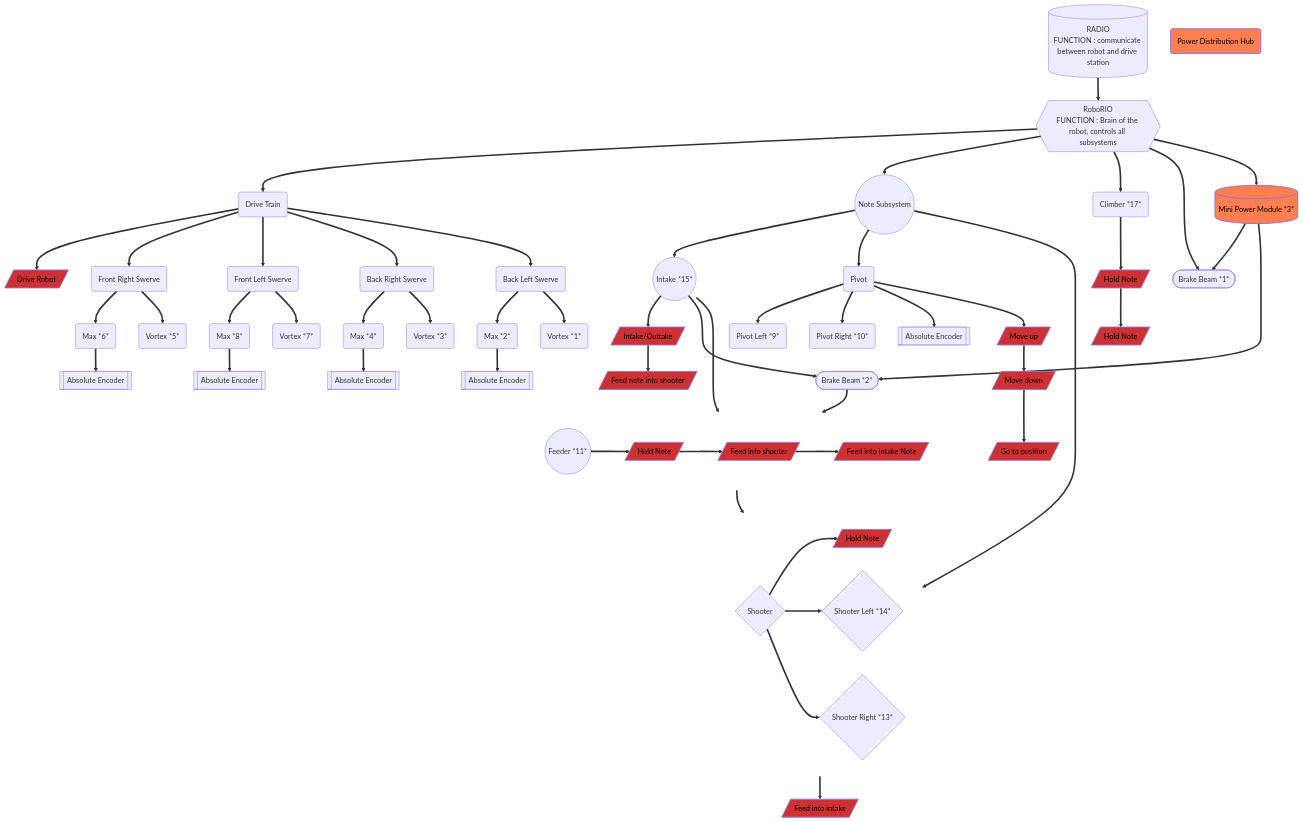
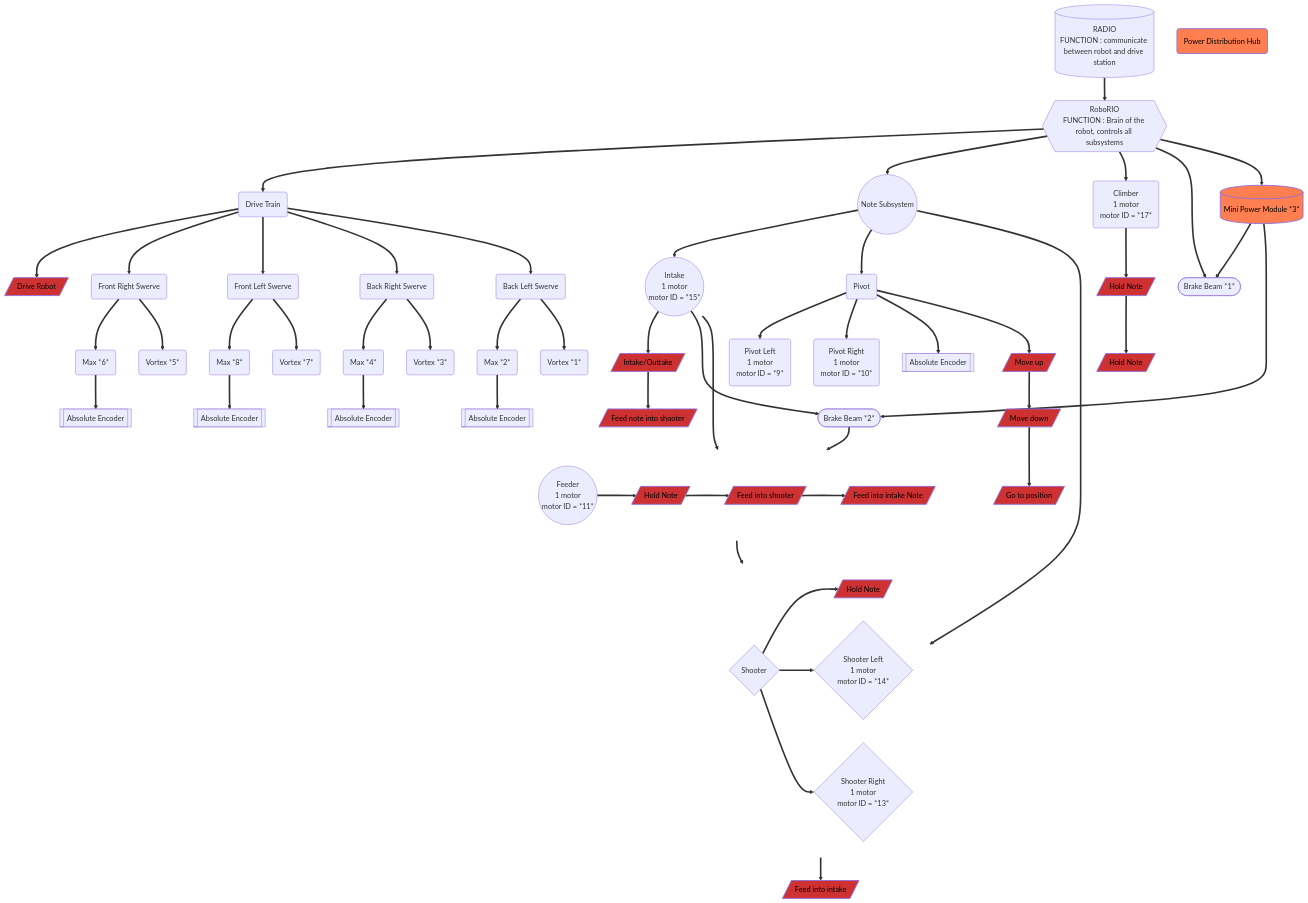
Before and after one commit to richardson-area-wide-robotics/Frc24-Crescendo-1745-OffSeason-AdvantageKit: the diagram in tony_graphs.md, drawn with Mermaid.

Commit message:
Motor Updates

```diff
--- a/tony_graphs.md
+++ b/tony_graphs.md
@@ -5,8 +5,12 @@
         direction LR
         ShooterSystem{Shooter};
         ShooterSystem==>FUNCSHOOTER;
-        ShooterSystem==>ShooterLeft{Shooter Left *14*};
-        ShooterSystem==>ShooterRight{Shooter Right *13*};
+        ShooterSystem==>ShooterLeft{Shooter Left
+1 motor
+motor ID = *14*};
+        ShooterSystem==>ShooterRight{Shooter Right
+1 motor
+motor ID = *13*};
     end
 
 subgraph invisibleFeederGroup
@@ -22,15 +26,25 @@
     DriveTrain(Drive Train);
     DriveTrain==>FUNCDRIVE[/Drive Robot/];
     RoboRIO==>NoteSubsystem((Note Subsystem));
-    NoteSubsystem==>IntakeSystem((Intake *15*));
+    NoteSubsystem==>IntakeSystem((Intake
+1 motor
+motor ID = *15*));
     NoteSubsystem==>ShooterSystem;
-    RoboRIO==>ClimberSystem(Climber *17*);
+    RoboRIO==>ClimberSystem(Climber
+1 motor
+motor ID = *17*);
     ClimberSystem==>FUNCCLIMBER1
-    IntakeSystem==>FeederSystem((Feeder *11*))==>ShooterSystem;
+    IntakeSystem==>FeederSystem((Feeder
+1 motor
+motor ID = *11*))==>ShooterSystem;
     IntakeSystem==>FUNCINTAKE1;
     NoteSubsystem==>PivotSystem(Pivot);
-    PivotSystem==>PivotLeft(Pivot Left *9*);
-    PivotSystem==>PivotRight(Pivot Right *10*);
+    PivotSystem==>PivotLeft(Pivot Left
+1 motor
+motor ID = *9*);
+    PivotSystem==>PivotRight(Pivot Right
+1 motor
+motor ID = *10*);
     DriveTrain==>FrontRightSwerve(Front Right Swerve);
     DriveTrain==>FrontLeftSwerve(Front Left Swerve);
     DriveTrain==>BackRightSwerve(Back Right Swerve);
```
